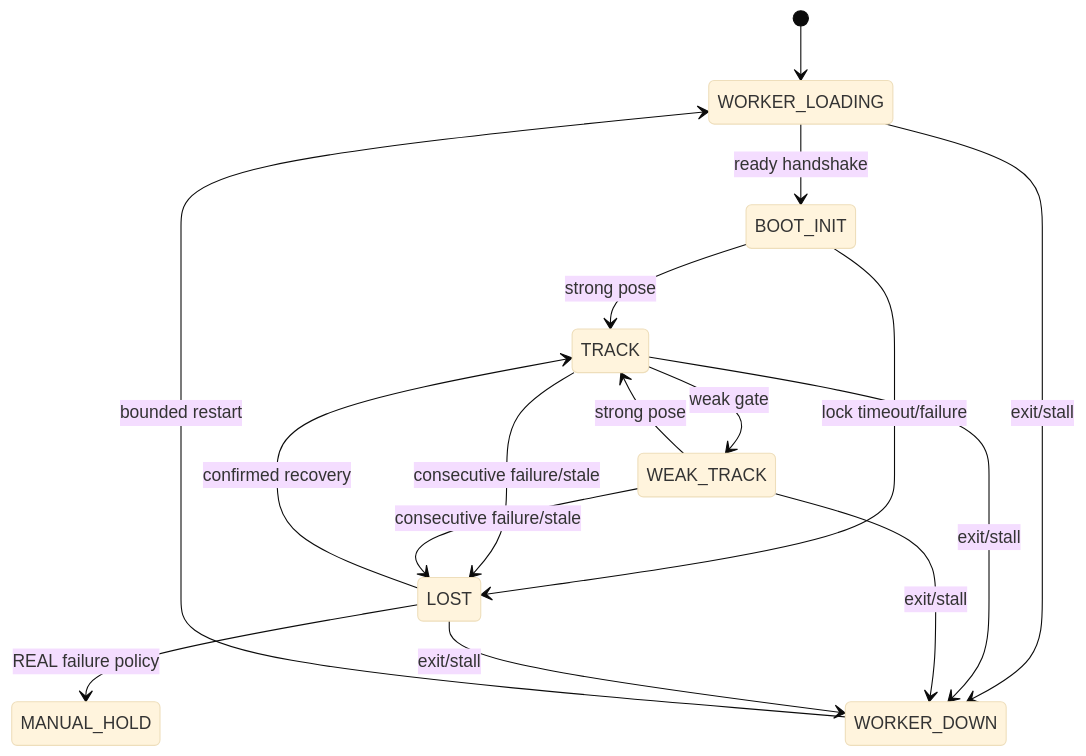
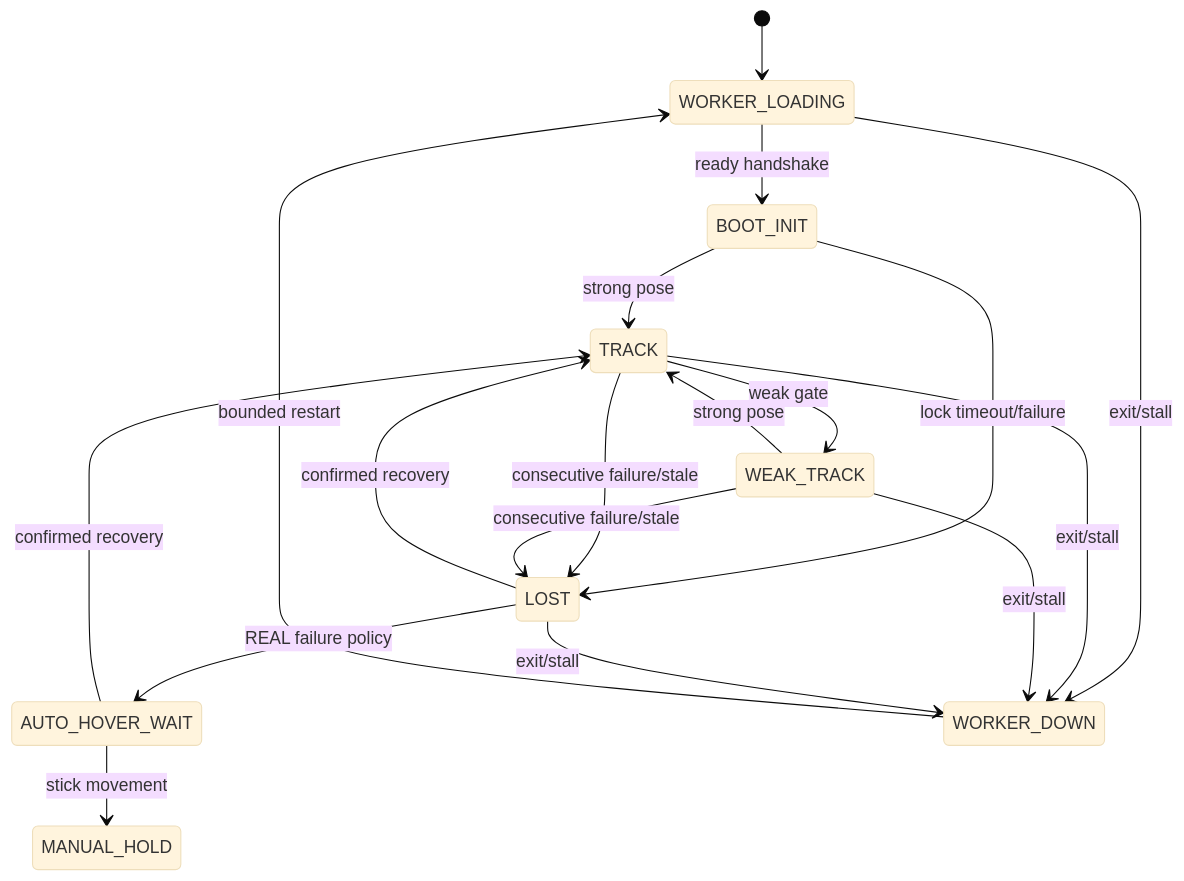
Before and after one commit to 1122-gggggg/wulai-sfm-localization: the fourth of 5 diagrams in 文件/SYSTEM_SPEC.md, drawn with Mermaid (base theme). The commit also changed other lines of this file and 210 other files, not shown here.

````diff
--- a/文件/SYSTEM_SPEC.md
+++ b/文件/SYSTEM_SPEC.md
@@ -641,18 +646,20 @@
 ```mermaid
 stateDiagram-v2
     [*] --> WORKER_LOADING
     WORKER_LOADING --> BOOT_INIT: ready handshake
     BOOT_INIT --> TRACK: strong pose
     BOOT_INIT --> LOST: lock timeout/failure
     TRACK --> WEAK_TRACK: weak gate
     WEAK_TRACK --> TRACK: strong pose
     TRACK --> LOST: consecutive failure/stale
     WEAK_TRACK --> LOST: consecutive failure/stale
     LOST --> TRACK: confirmed recovery
-    LOST --> MANUAL_HOLD: REAL failure policy
+    LOST --> AUTO_HOVER_WAIT: REAL failure policy
+    AUTO_HOVER_WAIT --> TRACK: confirmed recovery
+    AUTO_HOVER_WAIT --> MANUAL_HOLD: stick movement
     WORKER_LOADING --> WORKER_DOWN: exit/stall
     TRACK --> WORKER_DOWN: exit/stall
     WEAK_TRACK --> WORKER_DOWN: exit/stall
     LOST --> WORKER_DOWN: exit/stall
     WORKER_DOWN --> WORKER_LOADING: bounded restart
 ```
````
